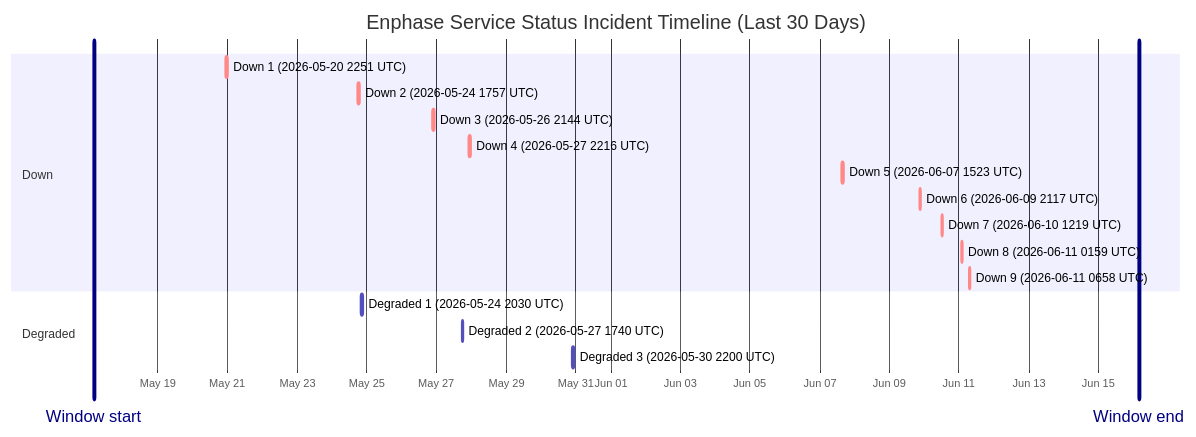
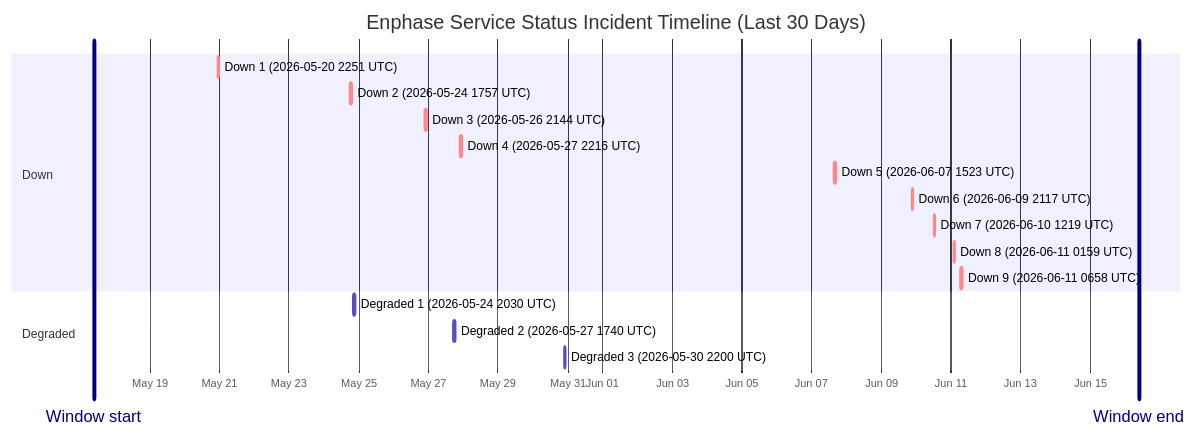
One commit to barneyonline/ha-enphase-energy changed the diagram in wiki/Service-Status-History.md. Above: the diagram before and after it, drawn with Mermaid. The commit also changed other lines of this file and 3 other files, not shown here.

````diff
--- a/wiki/Service-Status-History.md
+++ b/wiki/Service-Status-History.md
@@ -14,22 +14,22 @@
 ```mermaid
 gantt
     title Enphase Service Status Incident Timeline (Last 30 Days)
     dateFormat  YYYY-MM-DDTHH:mm:ss
     axisFormat  %b %d
-    Window start :vert, window-start, 2026-05-17T03:59:54, 0ms
-    Window end :vert, window-end, 2026-06-16T03:59:54, 0ms
+    Window start :vert, window-start, 2026-05-17T09:32:17, 0ms
+    Window end :vert, window-end, 2026-06-16T09:32:17, 0ms
     section Down
     Down 1 (2026-05-20 2251 UTC) :crit, down-1, 2026-05-20T22:51:14, 75m
     Down 2 (2026-05-24 1757 UTC) :crit, down-2, 2026-05-24T17:57:41, 86m
     Down 3 (2026-05-26 2144 UTC) :crit, down-3, 2026-05-26T21:44:11, 85m
     Down 4 (2026-05-27 2216 UTC) :crit, down-4, 2026-05-27T22:16:53, 87m
     Down 5 (2026-06-07 1523 UTC) :crit, down-5, 2026-06-07T15:23:22, 87m
     Down 6 (2026-06-09 2117 UTC) :crit, down-6, 2026-06-09T21:17:17, 60m
     Down 7 (2026-06-10 1219 UTC) :crit, down-7, 2026-06-10T12:19:21, 60m
     Down 8 (2026-06-11 0159 UTC) :crit, down-8, 2026-06-11T01:59:36, 60m
     Down 9 (2026-06-11 0658 UTC) :crit, down-9, 2026-06-11T06:58:45, 60m
     section Degraded
     Degraded 1 (2026-05-24 2030 UTC) :active, degraded-1, 2026-05-24T20:30:57, 84m
     Degraded 2 (2026-05-27 1740 UTC) :active, degraded-2, 2026-05-27T17:40:52, 60m
     Degraded 3 (2026-05-30 2200 UTC) :active, degraded-3, 2026-05-30T22:00:37, 60m
 ```
````
